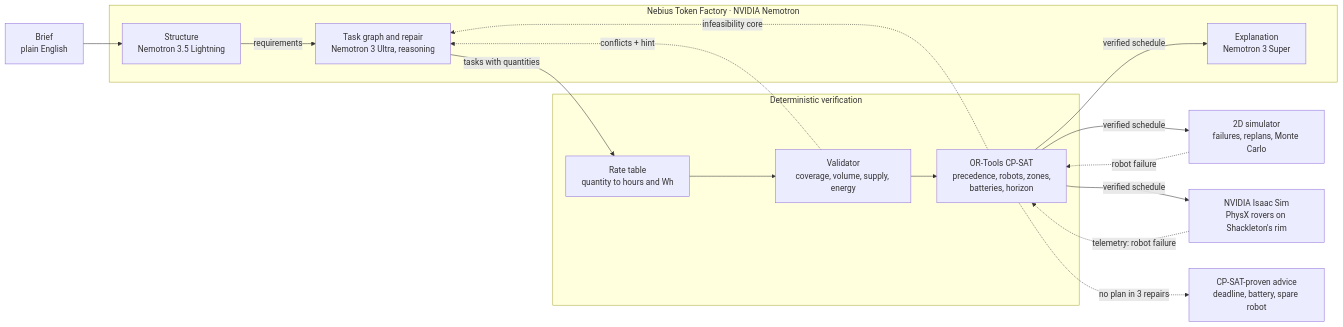
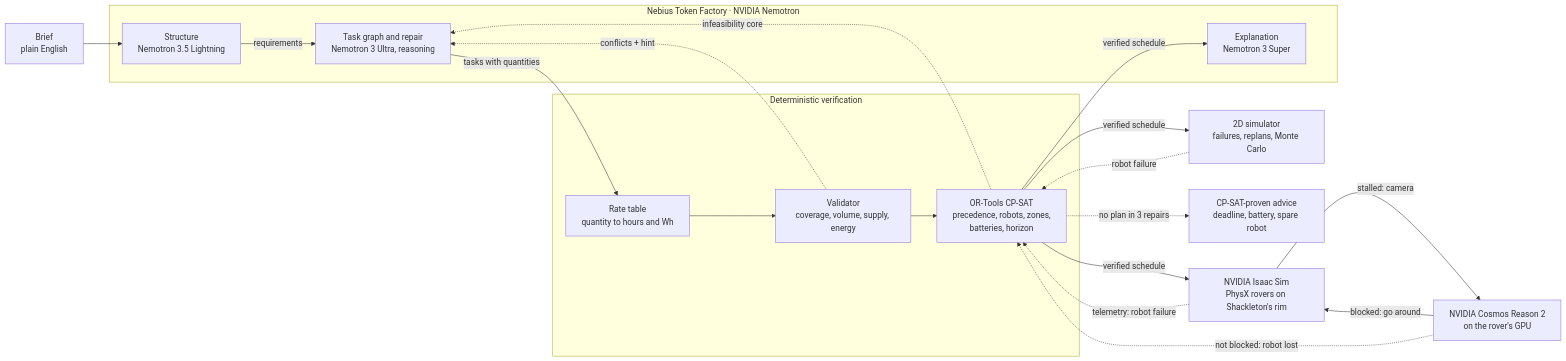
The diagram in README.md (nkm1020/moonwright), drawn with Mermaid before and after one commit. The commit also changed other lines of this file and 43 other files, not shown here.

````diff
--- a/README.md
+++ b/README.md
@@ -50,24 +59,27 @@
 ```mermaid
 flowchart LR
   B["Brief<br/>plain English"] --> S
   subgraph TF["Nebius Token Factory · NVIDIA Nemotron"]
     S["Structure<br/>Nemotron 3.5 Lightning"]
     G["Task graph and repair<br/>Nemotron 3 Ultra, reasoning"]
     E["Explanation<br/>Nemotron 3 Super"]
   end
   subgraph VER["Deterministic verification"]
     R["Rate table<br/>quantity to hours and Wh"]
     C["Validator<br/>coverage, volume, supply, energy"]
     X["OR-Tools CP-SAT<br/>precedence, robots, zones,<br/>batteries, horizon"]
   end
   S -- requirements --> G
   G -- "tasks with quantities" --> R --> C --> X
   C -. "conflicts + hint" .-> G
   X -. "infeasibility core" .-> G
   X -- "verified schedule" --> E
   X -- "verified schedule" --> SIM["2D simulator<br/>failures, replans, Monte Carlo"]
   SIM -. "robot failure" .-> X
   X -- "verified schedule" --> ISAAC["NVIDIA Isaac Sim<br/>PhysX rovers on Shackleton's rim"]
+  ISAAC -- "stalled: camera" --> COS["NVIDIA Cosmos Reason 2<br/>on the rover's GPU"]
+  COS -- "blocked: go around" --> ISAAC
+  COS -. "not blocked: robot lost" .-> X
   ISAAC -. "telemetry: robot failure" .-> X
   X -. "no plan in 3 repairs" .-> A["CP-SAT-proven advice<br/>deadline, battery, spare robot"]
 ```
````
